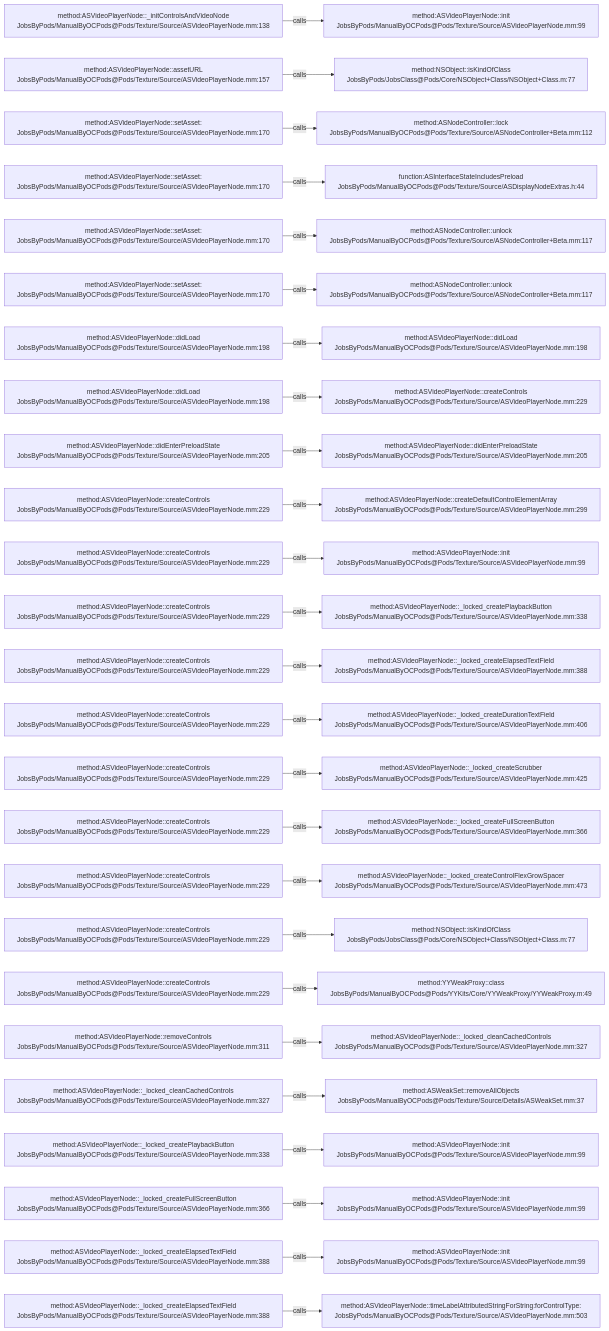
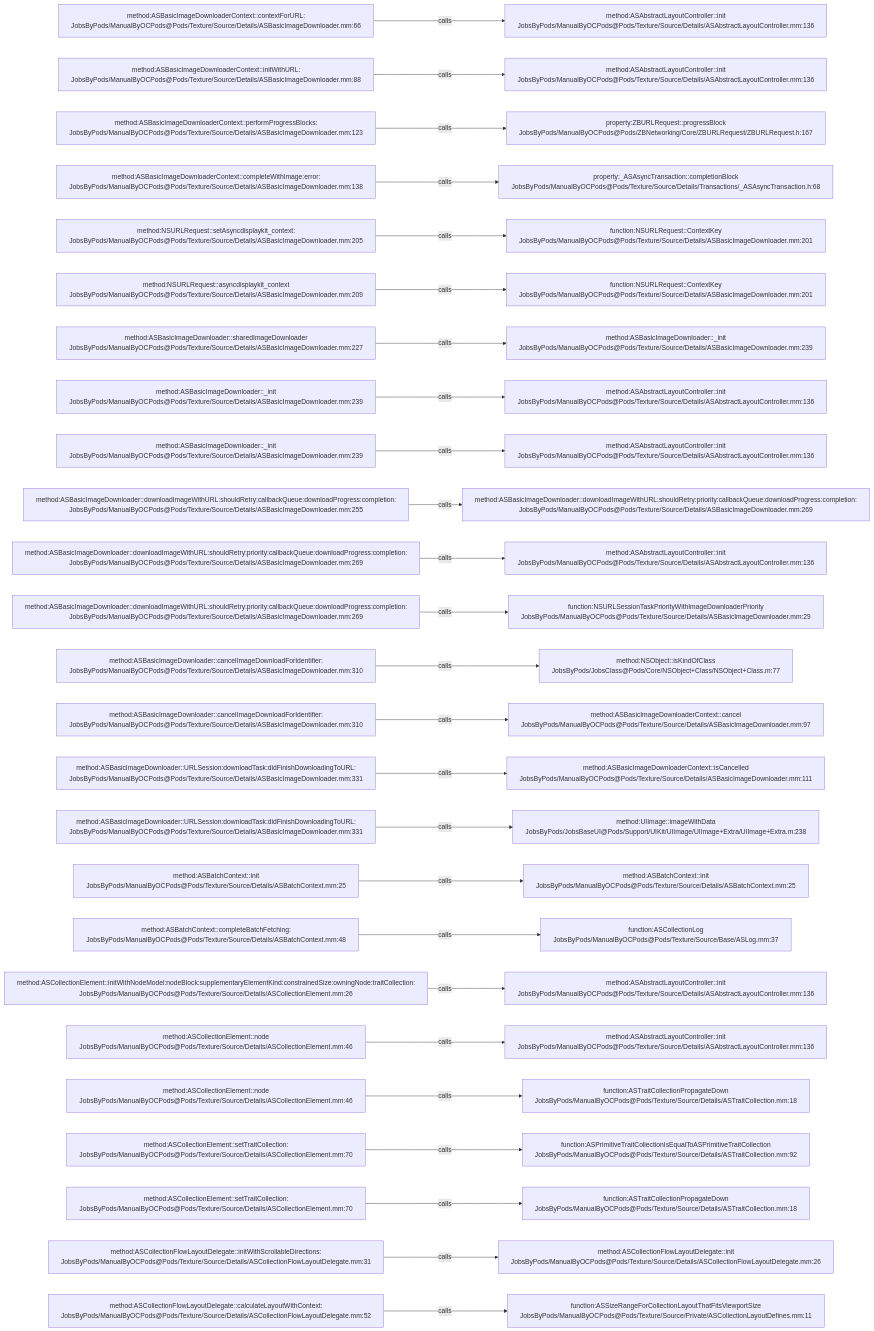
One commit to JobsKits/JobsOCBaseConfigDemo changed the diagram in .codegraph/codegraph.md/graphs/calls-153.md. Above: the diagram before and after it, drawn with Mermaid. The commit also changed 1223 other files, not shown here.

````diff
--- a/.codegraph/codegraph.md/graphs/calls-153.md
+++ b/.codegraph/codegraph.md/graphs/calls-153.md
@@ -13,78 +13,78 @@
 ```mermaid
 flowchart LR
-  S1["method:ASVideoPlayerNode::_initControlsAndVideoNode<br/>JobsByPods/ManualByOCPods@Pods/Texture/Source/ASVideoPlayerNode.mm:138"]
-  T1["method:ASVideoPlayerNode::init<br/>JobsByPods/ManualByOCPods@Pods/Texture/Source/ASVideoPlayerNode.mm:99"]
+  S1["method:ASBasicImageDownloaderContext::contextForURL:<br/>JobsByPods/ManualByOCPods@Pods/Texture/Source/Details/ASBasicImageDownloader.mm:66"]
+  T1["method:ASAbstractLayoutController::init<br/>JobsByPods/ManualByOCPods@Pods/Texture/Source/Details/ASAbstractLayoutController.mm:136"]
   S1 -->|calls| T1
-  S2["method:ASVideoPlayerNode::assetURL<br/>JobsByPods/ManualByOCPods@Pods/Texture/Source/ASVideoPlayerNode.mm:157"]
-  T2["method:NSObject::isKindOfClass<br/>JobsByPods/JobsClass@Pods/Core/NSObject+Class/NSObject+Class.m:77"]
+  S2["method:ASBasicImageDownloaderContext::initWithURL:<br/>JobsByPods/ManualByOCPods@Pods/Texture/Source/Details/ASBasicImageDownloader.mm:88"]
+  T2["method:ASAbstractLayoutController::init<br/>JobsByPods/ManualByOCPods@Pods/Texture/Source/Details/ASAbstractLayoutController.mm:136"]
   S2 -->|calls| T2
-  S3["method:ASVideoPlayerNode::setAsset:<br/>JobsByPods/ManualByOCPods@Pods/Texture/Source/ASVideoPlayerNode.mm:170"]
-  T3["method:ASNodeController::lock<br/>JobsByPods/ManualByOCPods@Pods/Texture/Source/ASNodeController+Beta.mm:112"]
+  S3["method:ASBasicImageDownloaderContext::performProgressBlocks:<br/>JobsByPods/ManualByOCPods@Pods/Texture/Source/Details/ASBasicImageDownloader.mm:123"]
+  T3["property:ZBURLRequest::progressBlock<br/>JobsByPods/ManualByOCPods@Pods/ZBNetworking/Core/ZBURLRequest/ZBURLRequest.h:167"]
   S3 -->|calls| T3
-  S4["method:ASVideoPlayerNode::setAsset:<br/>JobsByPods/ManualByOCPods@Pods/Texture/Source/ASVideoPlayerNode.mm:170"]
-  T4["function:ASInterfaceStateIncludesPreload<br/>JobsByPods/ManualByOCPods@Pods/Texture/Source/ASDisplayNodeExtras.h:44"]
+  S4["method:ASBasicImageDownloaderContext::completeWithImage:error:<br/>JobsByPods/ManualByOCPods@Pods/Texture/Source/Details/ASBasicImageDownloader.mm:138"]
+  T4["property:_ASAsyncTransaction::completionBlock<br/>JobsByPods/ManualByOCPods@Pods/Texture/Source/Details/Transactions/_ASAsyncTransaction.h:68"]
   S4 -->|calls| T4
-  S5["method:ASVideoPlayerNode::setAsset:<br/>JobsByPods/ManualByOCPods@Pods/Texture/Source/ASVideoPlayerNode.mm:170"]
-  T5["method:ASNodeController::unlock<br/>JobsByPods/ManualByOCPods@Pods/Texture/Source/ASNodeController+Beta.mm:117"]
+  S5["method:NSURLRequest::setAsyncdisplaykit_context:<br/>JobsByPods/ManualByOCPods@Pods/Texture/Source/Details/ASBasicImageDownloader.mm:205"]
+  T5["function:NSURLRequest::ContextKey<br/>JobsByPods/ManualByOCPods@Pods/Texture/Source/Details/ASBasicImageDownloader.mm:201"]
   S5 -->|calls| T5
-  S6["method:ASVideoPlayerNode::setAsset:<br/>JobsByPods/ManualByOCPods@Pods/Texture/Source/ASVideoPlayerNode.mm:170"]
-  T6["method:ASNodeController::unlock<br/>JobsByPods/ManualByOCPods@Pods/Texture/Source/ASNodeController+Beta.mm:117"]
+  S6["method:NSURLRequest::asyncdisplaykit_context<br/>JobsByPods/ManualByOCPods@Pods/Texture/Source/Details/ASBasicImageDownloader.mm:209"]
+  T6["function:NSURLRequest::ContextKey<br/>JobsByPods/ManualByOCPods@Pods/Texture/Source/Details/ASBasicImageDownloader.mm:201"]
   S6 -->|calls| T6
-  S7["method:ASVideoPlayerNode::didLoad<br/>JobsByPods/ManualByOCPods@Pods/Texture/Source/ASVideoPlayerNode.mm:198"]
-  T7["method:ASVideoPlayerNode::didLoad<br/>JobsByPods/ManualByOCPods@Pods/Texture/Source/ASVideoPlayerNode.mm:198"]
+  S7["method:ASBasicImageDownloader::sharedImageDownloader<br/>JobsByPods/ManualByOCPods@Pods/Texture/Source/Details/ASBasicImageDownloader.mm:227"]
+  T7["method:ASBasicImageDownloader::_init<br/>JobsByPods/ManualByOCPods@Pods/Texture/Source/Details/ASBasicImageDownloader.mm:239"]
   S7 -->|calls| T7
-  S8["method:ASVideoPlayerNode::didLoad<br/>JobsByPods/ManualByOCPods@Pods/Texture/Source/ASVideoPlayerNode.mm:198"]
-  T8["method:ASVideoPlayerNode::createControls<br/>JobsByPods/ManualByOCPods@Pods/Texture/Source/ASVideoPlayerNode.mm:229"]
+  S8["method:ASBasicImageDownloader::_init<br/>JobsByPods/ManualByOCPods@Pods/Texture/Source/Details/ASBasicImageDownloader.mm:239"]
+  T8["method:ASAbstractLayoutController::init<br/>JobsByPods/ManualByOCPods@Pods/Texture/Source/Details/ASAbstractLayoutController.mm:136"]
   S8 -->|calls| T8
-  S9["method:ASVideoPlayerNode::didEnterPreloadState<br/>JobsByPods/ManualByOCPods@Pods/Texture/Source/ASVideoPlayerNode.mm:205"]
-  T9["method:ASVideoPlayerNode::didEnterPreloadState<br/>JobsByPods/ManualByOCPods@Pods/Texture/Source/ASVideoPlayerNode.mm:205"]
+  S9["method:ASBasicImageDownloader::_init<br/>JobsByPods/ManualByOCPods@Pods/Texture/Source/Details/ASBasicImageDownloader.mm:239"]
+  T9["method:ASAbstractLayoutController::init<br/>JobsByPods/ManualByOCPods@Pods/Texture/Source/Details/ASAbstractLayoutController.mm:136"]
   S9 -->|calls| T9
-  S10["method:ASVideoPlayerNode::createControls<br/>JobsByPods/ManualByOCPods@Pods/Texture/Source/ASVideoPlayerNode.mm:229"]
-  T10["method:ASVideoPlayerNode::createDefaultControlElementArray<br/>JobsByPods/ManualByOCPods@Pods/Texture/Source/ASVideoPlayerNode.mm:299"]
+  S10["method:ASBasicImageDownloader::downloadImageWithURL:shouldRetry:callbackQueue:downloadProgress:completion:<br/>JobsByPods/ManualByOCPods@Pods/Texture/Source/Details/ASBasicImageDownloader.mm:255"]
+  T10["method:ASBasicImageDownloader::downloadImageWithURL:shouldRetry:priority:callbackQueue:downloadProgress:completion:<br/>JobsByPods/ManualByOCPods@Pods/Texture/Source/Details/ASBasicImageDownloader.mm:269"]
   S10 -->|calls| T10
-  S11["method:ASVideoPlayerNode::createControls<br/>JobsByPods/ManualByOCPods@Pods/Texture/Source/ASVideoPlayerNode.mm:229"]
-  T11["method:ASVideoPlayerNode::init<br/>JobsByPods/ManualByOCPods@Pods/Texture/Source/ASVideoPlayerNode.mm:99"]
+  S11["method:ASBasicImageDownloader::downloadImageWithURL:shouldRetry:priority:callbackQueue:downloadProgress:completion:<br/>JobsByPods/ManualByOCPods@Pods/Texture/Source/Details/ASBasicImageDownloader.mm:269"]
+  T11["method:ASAbstractLayoutController::init<br/>JobsByPods/ManualByOCPods@Pods/Texture/Source/Details/ASAbstractLayoutController.mm:136"]
   S11 -->|calls| T11
-  S12["method:ASVideoPlayerNode::createControls<br/>JobsByPods/ManualByOCPods@Pods/Texture/Source/ASVideoPlayerNode.mm:229"]
-  T12["method:ASVideoPlayerNode::_locked_createPlaybackButton<br/>JobsByPods/ManualByOCPods@Pods/Texture/Source/ASVideoPlayerNode.mm:338"]
+  S12["method:ASBasicImageDownloader::downloadImageWithURL:shouldRetry:priority:callbackQueue:downloadProgress:completion:<br/>JobsByPods/ManualByOCPods@Pods/Texture/Source/Details/ASBasicImageDownloader.mm:269"]
+  T12["function:NSURLSessionTaskPriorityWithImageDownloaderPriority<br/>JobsByPods/ManualByOCPods@Pods/Texture/Source/Details/ASBasicImageDownloader.mm:29"]
   S12 -->|calls| T12
-  S13["method:ASVideoPlayerNode::createControls<br/>JobsByPods/ManualByOCPods@Pods/Texture/Source/ASVideoPlayerNode.mm:229"]
-  T13["method:ASVideoPlayerNode::_locked_createElapsedTextField<br/>JobsByPods/ManualByOCPods@Pods/Texture/Source/ASVideoPlayerNode.mm:388"]
+  S13["method:ASBasicImageDownloader::cancelImageDownloadForIdentifier:<br/>JobsByPods/ManualByOCPods@Pods/Texture/Source/Details/ASBasicImageDownloader.mm:310"]
+  T13["method:NSObject::isKindOfClass<br/>JobsByPods/JobsClass@Pods/Core/NSObject+Class/NSObject+Class.m:77"]
   S13 -->|calls| T13
-  S14["method:ASVideoPlayerNode::createControls<br/>JobsByPods/ManualByOCPods@Pods/Texture/Source/ASVideoPlayerNode.mm:229"]
-  T14["method:ASVideoPlayerNode::_locked_createDurationTextField<br/>JobsByPods/ManualByOCPods@Pods/Texture/Source/ASVideoPlayerNode.mm:406"]
+  S14["method:ASBasicImageDownloader::cancelImageDownloadForIdentifier:<br/>JobsByPods/ManualByOCPods@Pods/Texture/Source/Details/ASBasicImageDownloader.mm:310"]
+  T14["method:ASBasicImageDownloaderContext::cancel<br/>JobsByPods/ManualByOCPods@Pods/Texture/Source/Details/ASBasicImageDownloader.mm:97"]
   S14 -->|calls| T14
-  S15["method:ASVideoPlayerNode::createControls<br/>JobsByPods/ManualByOCPods@Pods/Texture/Source/ASVideoPlayerNode.mm:229"]
-  T15["method:ASVideoPlayerNode::_locked_createScrubber<br/>JobsByPods/ManualByOCPods@Pods/Texture/Source/ASVideoPlayerNode.mm:425"]
+  S15["method:ASBasicImageDownloader::URLSession:downloadTask:didFinishDownloadingToURL:<br/>JobsByPods/ManualByOCPods@Pods/Texture/Source/Details/ASBasicImageDownloader.mm:331"]
+  T15["method:ASBasicImageDownloaderContext::isCancelled<br/>JobsByPods/ManualByOCPods@Pods/Texture/Source/Details/ASBasicImageDownloader.mm:111"]
   S15 -->|calls| T15
-  S16["method:ASVideoPlayerNode::createControls<br/>JobsByPods/ManualByOCPods@Pods/Texture/Source/ASVideoPlayerNode.mm:229"]
-  T16["method:ASVideoPlayerNode::_locked_createFullScreenButton<br/>JobsByPods/ManualByOCPods@Pods/Texture/Source/ASVideoPlayerNode.mm:366"]
+  S16["method:ASBasicImageDownloader::URLSession:downloadTask:didFinishDownloadingToURL:<br/>JobsByPods/ManualByOCPods@Pods/Texture/Source/Details/ASBasicImageDownloader.mm:331"]
+  T16["method:UIImage::imageWithData<br/>JobsByPods/JobsBaseUI@Pods/Support/UIKit/UIImage/UIImage+Extra/UIImage+Extra.m:238"]
   S16 -->|calls| T16
-  S17["method:ASVideoPlayerNode::createControls<br/>JobsByPods/ManualByOCPods@Pods/Texture/Source/ASVideoPlayerNode.mm:229"]
-  T17["method:ASVideoPlayerNode::_locked_createControlFlexGrowSpacer<br/>JobsByPods/ManualByOCPods@Pods/Texture/Source/ASVideoPlayerNode.mm:473"]
+  S17["method:ASBatchContext::init<br/>JobsByPods/ManualByOCPods@Pods/Texture/Source/Details/ASBatchContext.mm:25"]
+  T17["method:ASBatchContext::init<br/>JobsByPods/ManualByOCPods@Pods/Texture/Source/Details/ASBatchContext.mm:25"]
   S17 -->|calls| T17
-  S18["method:ASVideoPlayerNode::createControls<br/>JobsByPods/ManualByOCPods@Pods/Texture/Source/ASVideoPlayerNode.mm:229"]
-  T18["method:NSObject::isKindOfClass<br/>JobsByPods/JobsClass@Pods/Core/NSObject+Class/NSObject+Class.m:77"]
+  S18["method:ASBatchContext::completeBatchFetching:<br/>JobsByPods/ManualByOCPods@Pods/Texture/Source/Details/ASBatchContext.mm:48"]
+  T18["function:ASCollectionLog<br/>JobsByPods/ManualByOCPods@Pods/Texture/Source/Base/ASLog.mm:37"]
   S18 -->|calls| T18
-  S19["method:ASVideoPlayerNode::createControls<br/>JobsByPods/ManualByOCPods@Pods/Texture/Source/ASVideoPlayerNode.mm:229"]
-  T19["method:YYWeakProxy::class<br/>JobsByPods/ManualByOCPods@Pods/YYKits/Core/YYWeakProxy/YYWeakProxy.m:49"]
+  S19["method:ASCollectionElement::initWithNodeModel:nodeBlock:supplementaryElementKind:constrainedSize:owningNode:traitCollection:<br/>JobsByPods/ManualByOCPods@Pods/Texture/Source/Details/ASCollectionElement.mm:26"]
+  T19["method:ASAbstractLayoutController::init<br/>JobsByPods/ManualByOCPods@Pods/Texture/Source/Details/ASAbstractLayoutController.mm:136"]
   S19 -->|calls| T19
-  S20["method:ASVideoPlayerNode::removeControls<br/>JobsByPods/ManualByOCPods@Pods/Texture/Source/ASVideoPlayerNode.mm:311"]
-  T20["method:ASVideoPlayerNode::_locked_cleanCachedControls<br/>JobsByPods/ManualByOCPods@Pods/Texture/Source/ASVideoPlayerNode.mm:327"]
+  S20["method:ASCollectionElement::node<br/>JobsByPods/ManualByOCPods@Pods/Texture/Source/Details/ASCollectionElement.mm:46"]
+  T20["method:ASAbstractLayoutController::init<br/>JobsByPods/ManualByOCPods@Pods/Texture/Source/Details/ASAbstractLayoutController.mm:136"]
   S20 -->|calls| T20
-  S21["method:ASVideoPlayerNode::_locked_cleanCachedControls<br/>JobsByPods/ManualByOCPods@Pods/Texture/Source/ASVideoPlayerNode.mm:327"]
-  T21["method:ASWeakSet::removeAllObjects<br/>JobsByPods/ManualByOCPods@Pods/Texture/Source/Details/ASWeakSet.mm:37"]
+  S21["method:ASCollectionElement::node<br/>JobsByPods/ManualByOCPods@Pods/Texture/Source/Details/ASCollectionElement.mm:46"]
+  T21["function:ASTraitCollectionPropagateDown<br/>JobsByPods/ManualByOCPods@Pods/Texture/Source/Details/ASTraitCollection.mm:18"]
   S21 -->|calls| T21
-  S22["method:ASVideoPlayerNode::_locked_createPlaybackButton<br/>JobsByPods/ManualByOCPods@Pods/Texture/Source/ASVideoPlayerNode.mm:338"]
-  T22["method:ASVideoPlayerNode::init<br/>JobsByPods/ManualByOCPods@Pods/Texture/Source/ASVideoPlayerNode.mm:99"]
+  S22["method:ASCollectionElement::setTraitCollection:<br/>JobsByPods/ManualByOCPods@Pods/Texture/Source/Details/ASCollectionElement.mm:70"]
+  T22["function:ASPrimitiveTraitCollectionIsEqualToASPrimitiveTraitCollection<br/>JobsByPods/ManualByOCPods@Pods/Texture/Source/Details/ASTraitCollection.mm:92"]
   S22 -->|calls| T22
-  S23["method:ASVideoPlayerNode::_locked_createFullScreenButton<br/>JobsByPods/ManualByOCPods@Pods/Texture/Source/ASVideoPlayerNode.mm:366"]
-  T23["method:ASVideoPlayerNode::init<br/>JobsByPods/ManualByOCPods@Pods/Texture/Source/ASVideoPlayerNode.mm:99"]
+  S23["method:ASCollectionElement::setTraitCollection:<br/>JobsByPods/ManualByOCPods@Pods/Texture/Source/Details/ASCollectionElement.mm:70"]
+  T23["function:ASTraitCollectionPropagateDown<br/>JobsByPods/ManualByOCPods@Pods/Texture/Source/Details/ASTraitCollection.mm:18"]
   S23 -->|calls| T23
-  S24["method:ASVideoPlayerNode::_locked_createElapsedTextField<br/>JobsByPods/ManualByOCPods@Pods/Texture/Source/ASVideoPlayerNode.mm:388"]
-  T24["method:ASVideoPlayerNode::init<br/>JobsByPods/ManualByOCPods@Pods/Texture/Source/ASVideoPlayerNode.mm:99"]
+  S24["method:ASCollectionFlowLayoutDelegate::initWithScrollableDirections:<br/>JobsByPods/ManualByOCPods@Pods/Texture/Source/Details/ASCollectionFlowLayoutDelegate.mm:31"]
+  T24["method:ASCollectionFlowLayoutDelegate::init<br/>JobsByPods/ManualByOCPods@Pods/Texture/Source/Details/ASCollectionFlowLayoutDelegate.mm:26"]
   S24 -->|calls| T24
-  S25["method:ASVideoPlayerNode::_locked_createElapsedTextField<br/>JobsByPods/ManualByOCPods@Pods/Texture/Source/ASVideoPlayerNode.mm:388"]
-  T25["method:ASVideoPlayerNode::timeLabelAttributedStringForString:forControlType:<br/>JobsByPods/ManualByOCPods@Pods/Texture/Source/ASVideoPlayerNode.mm:503"]
+  S25["method:ASCollectionFlowLayoutDelegate::calculateLayoutWithContext:<br/>JobsByPods/ManualByOCPods@Pods/Texture/Source/Details/ASCollectionFlowLayoutDelegate.mm:52"]
+  T25["function:ASSizeRangeForCollectionLayoutThatFitsViewportSize<br/>JobsByPods/ManualByOCPods@Pods/Texture/Source/Private/ASCollectionLayoutDefines.mm:11"]
   S25 -->|calls| T25
 ```
````
